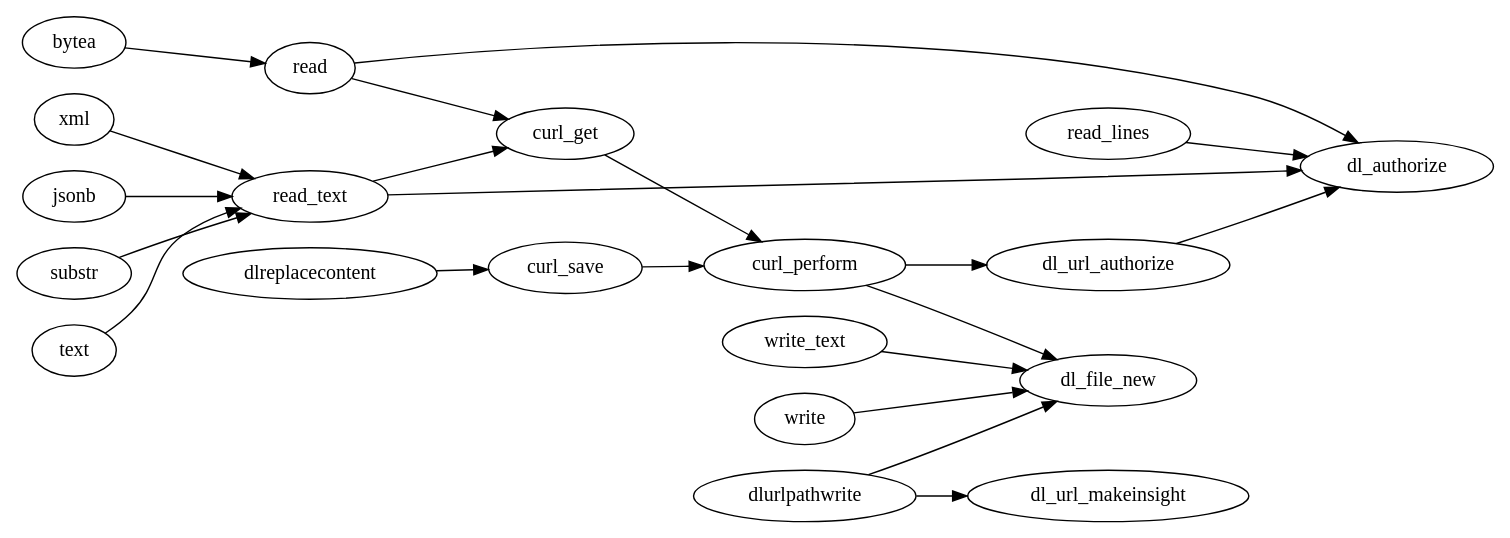
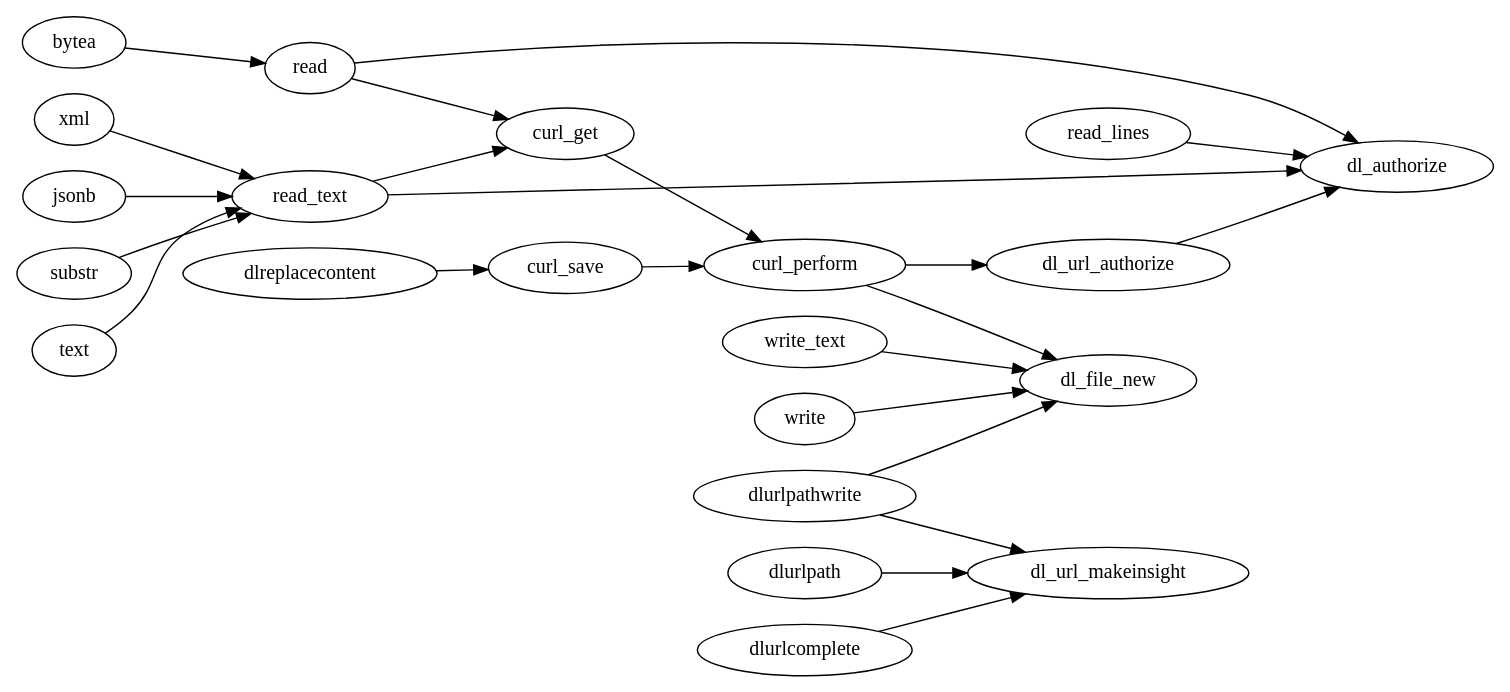
Before and after one commit to lacanoid/datalink: the diagram in docs/functions.gv, drawn with Graphviz. The commit also changed 2 other files, not shown here.

```diff
--- a/docs/functions.gv
+++ b/docs/functions.gv
@@ -1,35 +1,37 @@
 digraph G {
   rankdir = LR;
 
   dl_authorize;
   dl_url_makeinsight;
   
     dl_url_authorize -> dl_authorize;
       dl_file_new;
 
   read_text -> dl_authorize;
     read -> dl_authorize;
       read_lines -> dl_authorize;
 
   curl_perform -> dl_url_authorize;
     curl_perform -> dl_file_new;
       curl_get -> curl_perform;
         curl_save -> curl_perform;
 
   read -> curl_get;
     read_text -> curl_get;
 
   substr -> read_text;
     text -> read_text;
       xml -> read_text;
         jsonb -> read_text;
 	  bytea -> read;
 
   dlreplacecontent -> curl_save;
     dlurlpathwrite -> dl_file_new;
     dlurlpathwrite -> dl_url_makeinsight;
+    dlurlpath -> dl_url_makeinsight;
+    dlurlcomplete -> dl_url_makeinsight;
 
-  write_text -> dl_file_new;
+write_text -> dl_file_new;
     write -> dl_file_new;
 
 }
```
